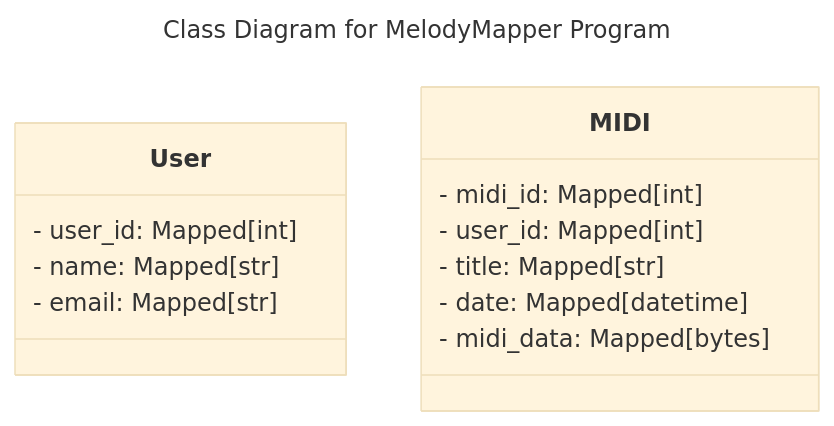
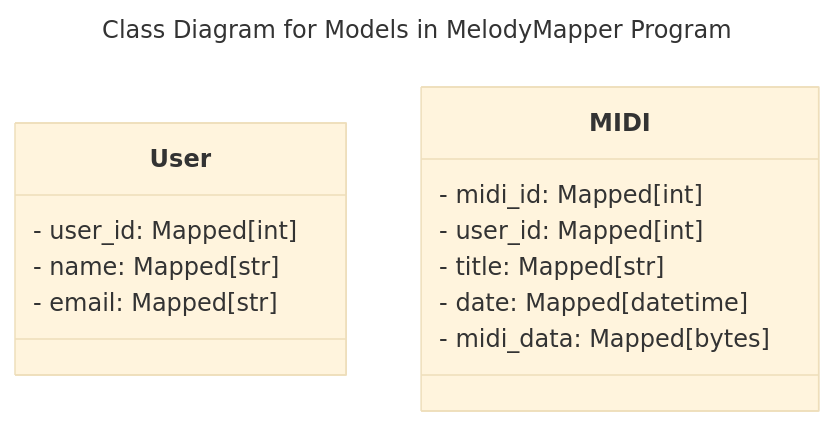
The third of 6 diagrams in README.md (bengoh815/cs506-project), drawn with Mermaid (base theme) before and after one commit. The commit also changed other lines of this file, not shown here.

Commit message:
Update file README.md

````diff
--- a/README.md
+++ b/README.md
@@ -131,20 +132,20 @@
 ```mermaid
 ---
 ---
-title: Class Diagram for MelodyMapper Program
+title: Class Diagram for Models in MelodyMapper Program
 ---
 classDiagram
     class User {
         - user_id: Mapped[int]
         - name: Mapped[str]
         - email: Mapped[str]
     }
 
     class MIDI {
         - midi_id: Mapped[int]
         - user_id: Mapped[int]
         - title: Mapped[str]
         - date: Mapped[datetime]
         - midi_data: Mapped[bytes]
     }
 ```
````
